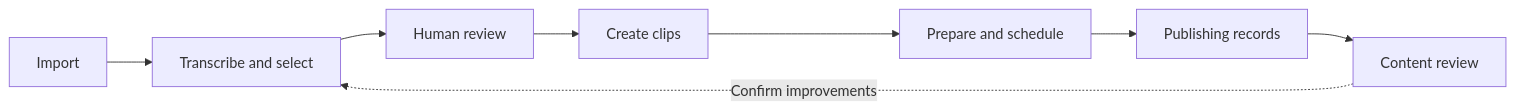
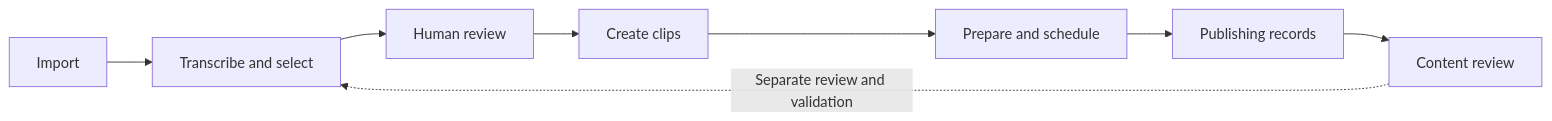
One commit to damingishere-coder/Ai-Clip-Workflow changed the diagram in README.en.md. Above: the diagram before and after it, drawn with Mermaid. The commit also changed other lines of this file and 21 other files, not shown here.

````diff
--- a/README.en.md
+++ b/README.en.md
@@ -29,10 +29,10 @@
 ```mermaid
 flowchart LR
     A[Import] --> B[Transcribe and select]
     B --> C[Human review]
     C --> D[Create clips]
     D --> E[Prepare and schedule]
     E --> F[Publishing records]
     F --> G[Content review]
-    G -. Confirm improvements .-> B
+    G -. Separate review and validation .-> B
 ```
````
